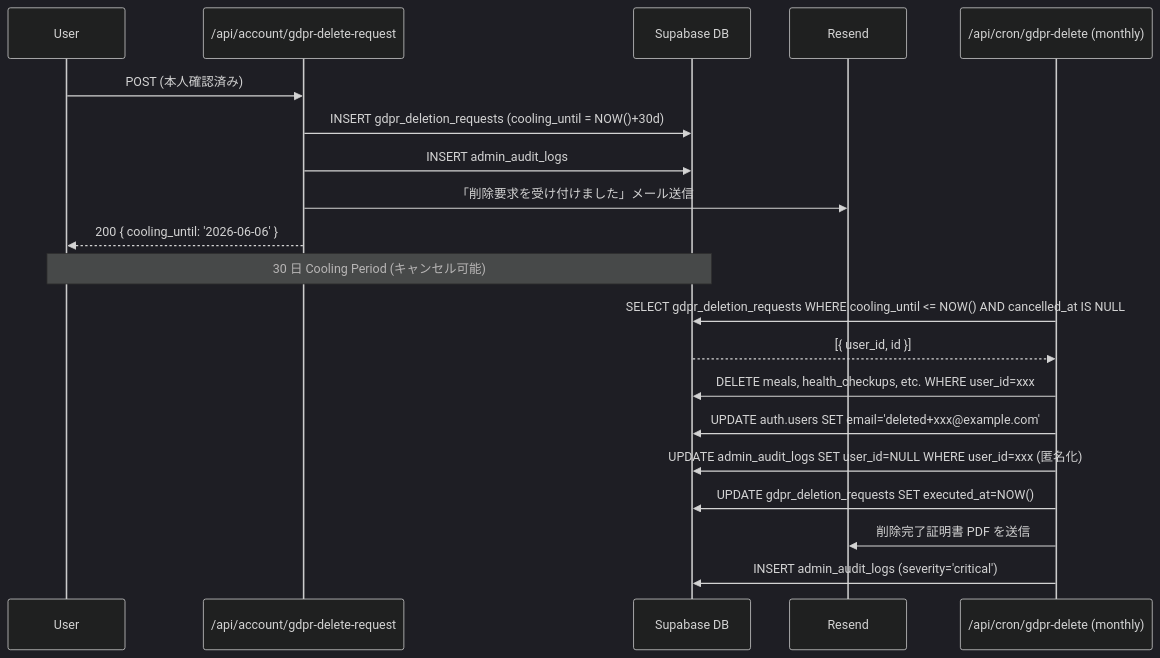
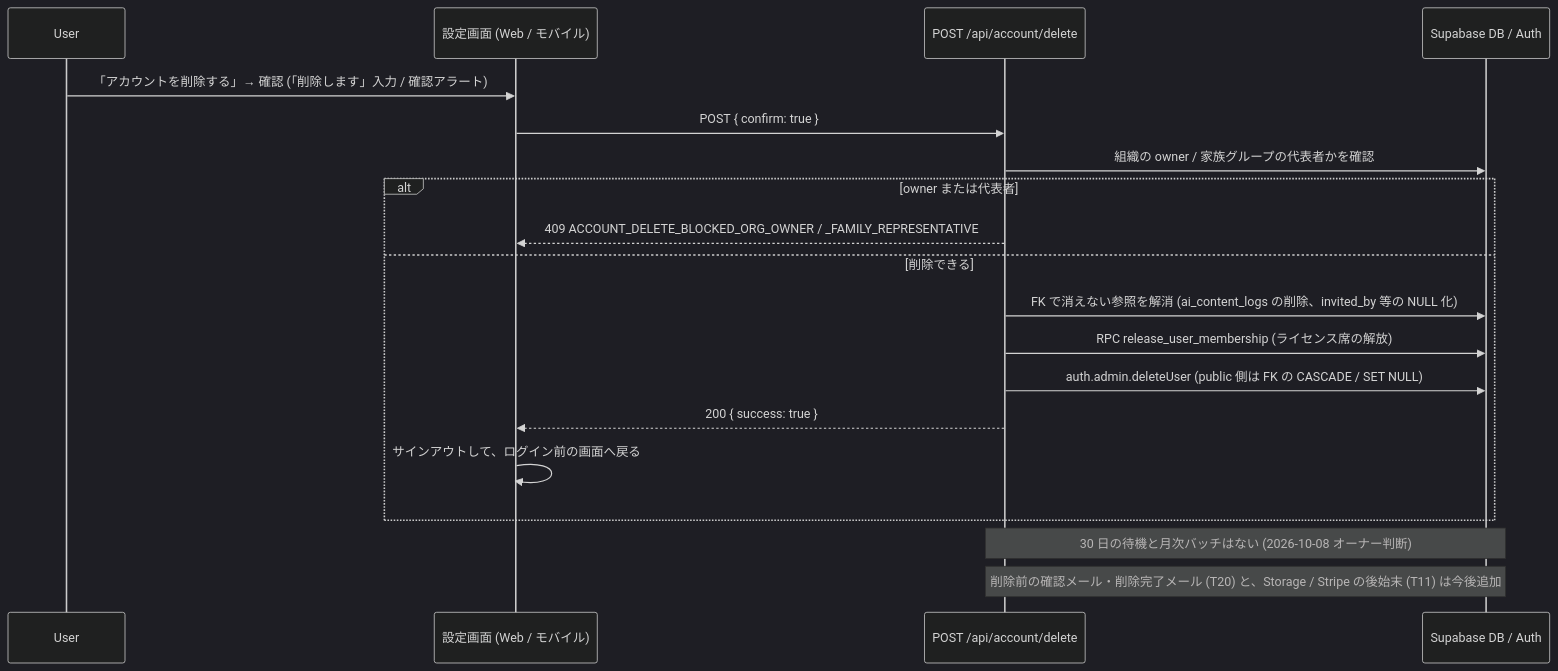
Before and after one commit to DaisukeHori/homegohan-app: the diagram in docs/design/operator/09-runbook.md, drawn with Mermaid (dark theme). The commit also changed other lines of this file and 7 other files, not shown here.

````diff
--- a/docs/design/operator/09-runbook.md
+++ b/docs/design/operator/09-runbook.md
@@ -685,25 +689,23 @@
 ```mermaid
 sequenceDiagram
   participant User
-  participant API as /api/account/gdpr-delete-request
-  participant DB as Supabase DB
-  participant Email as Resend
-  participant Cron as /api/cron/gdpr-delete (monthly)
+  participant App as 設定画面 (Web / モバイル)
+  participant API as POST /api/account/delete
+  participant DB as Supabase DB / Auth
 
-  User->>API: POST (本人確認済み)
-  API->>DB: INSERT gdpr_deletion_requests (cooling_until = NOW()+30d)
-  API->>DB: INSERT admin_audit_logs
-  API->>Email: 「削除要求を受け付けました」メール送信
-  API-->>User: 200 { cooling_until: '2026-06-06' }
+  User->>App: 「アカウントを削除する」→ 確認 (「削除します」入力 / 確認アラート)
+  App->>API: POST { confirm: true }
+  API->>DB: 組織の owner / 家族グループの代表者かを確認
+  alt owner または代表者
+    API-->>App: 409 ACCOUNT_DELETE_BLOCKED_ORG_OWNER / _FAMILY_REPRESENTATIVE
+  else 削除できる
+    API->>DB: FK で消えない参照を解消 (ai_content_logs の削除、invited_by 等の NULL 化)
+    API->>DB: RPC release_user_membership (ライセンス席の解放)
+    API->>DB: auth.admin.deleteUser (public 側は FK の CASCADE / SET NULL)
+    API-->>App: 200 { success: true }
+    App->>App: サインアウトして、ログイン前の画面へ戻る
+  end
 
-  Note over User,DB: 30 日 Cooling Period (キャンセル可能)
-
-  Cron->>DB: SELECT gdpr_deletion_requests WHERE cooling_until <= NOW() AND cancelled_at IS NULL
-  DB-->>Cron: [{ user_id, id }]
-  Cron->>DB: DELETE meals, health_checkups, etc. WHERE user_id=xxx
-  Cron->>DB: UPDATE auth.users SET email='deleted+xxx@example.com'
-  Cron->>DB: UPDATE admin_audit_logs SET user_id=NULL WHERE user_id=xxx (匿名化)
-  Cron->>DB: UPDATE gdpr_deletion_requests SET executed_at=NOW()
-  Cron->>Email: 削除完了証明書 PDF を送信
-  Cron->>DB: INSERT admin_audit_logs (severity='critical')
+  Note over API,DB: 30 日の待機と月次バッチはない (2026-10-08 オーナー判断)
+  Note over API,DB: 削除前の確認メール・削除完了メール (T20) と、Storage / Stripe の後始末 (T11) は今後追加
 ```
````
